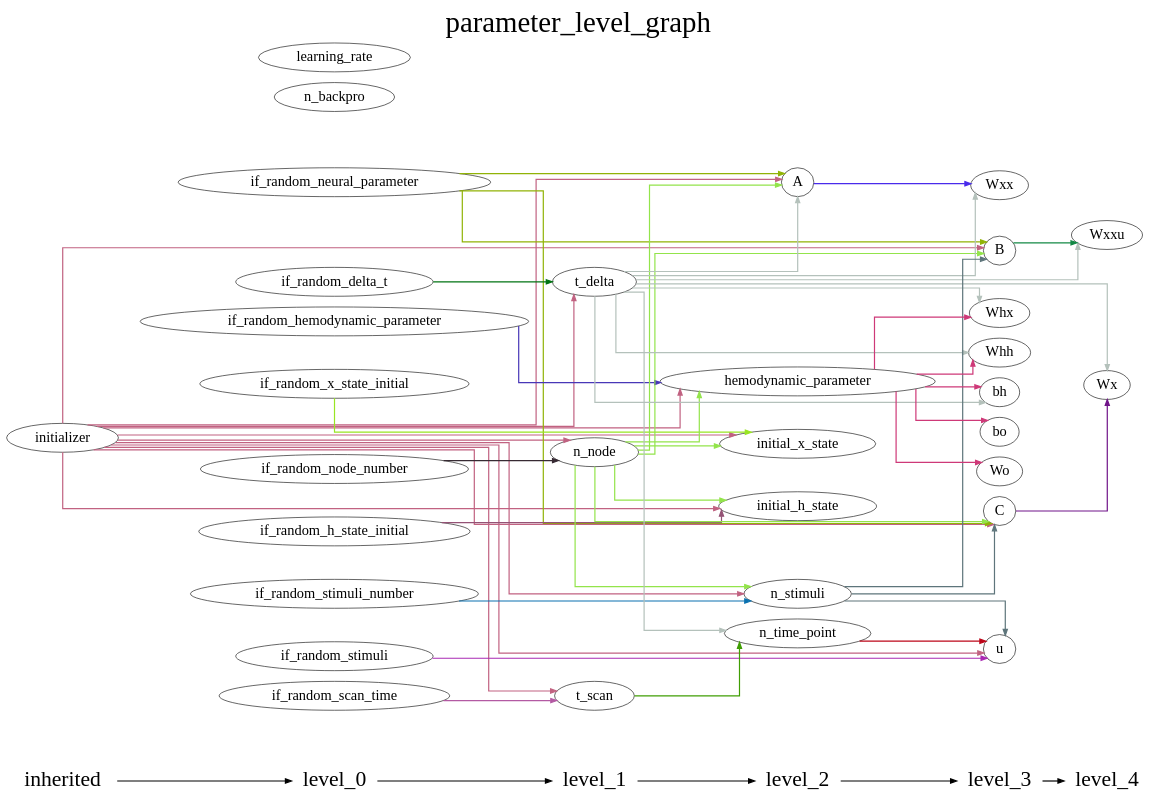
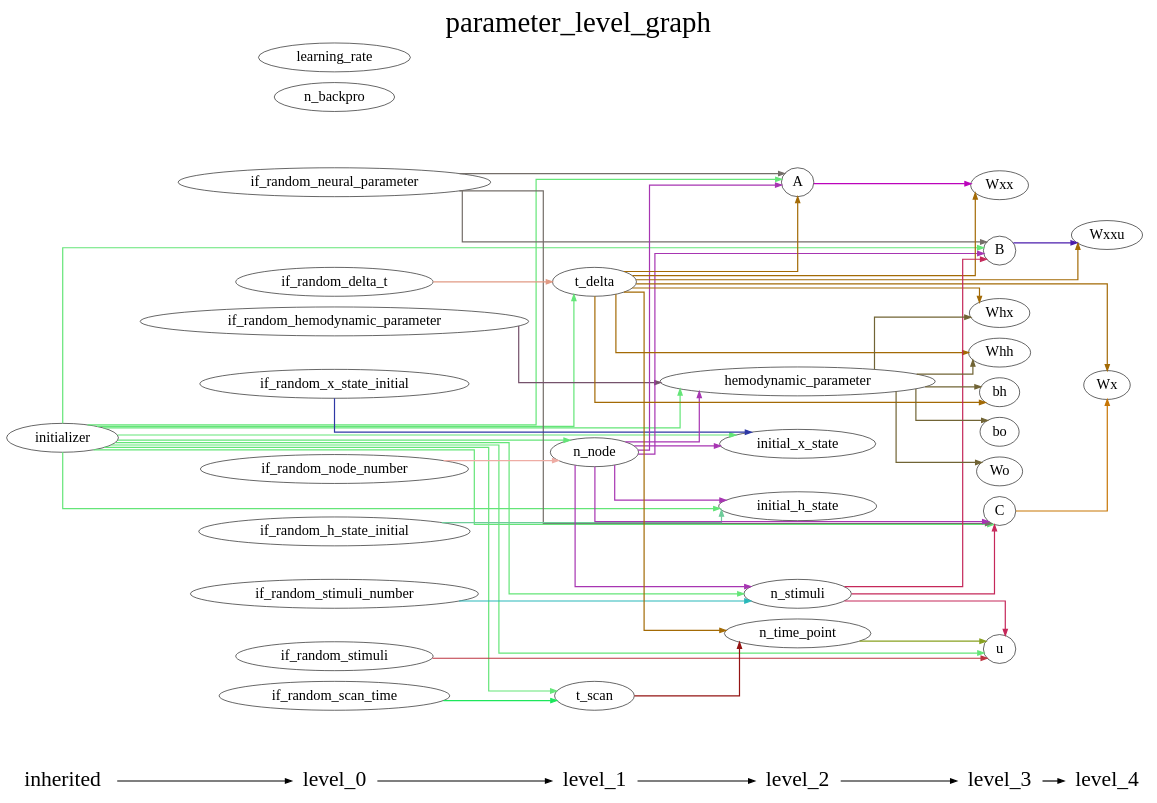
The diagram in DCM_RNN/documents/parameter_level_graph.gv (YuanWangOnward/DCM_RNN), drawn with Graphviz before and after one commit. The commit also changed 6 other files, not shown here.

```diff
--- a/DCM_RNN/documents/parameter_level_graph.gv
+++ b/DCM_RNN/documents/parameter_level_graph.gv
@@ -1,118 +1,118 @@
 digraph G {
           splines=ortho;
           fontsize = 48;
           rankdir = "LR";
           node[fontsize=24];
           edge[penwidth=2];
           {
           node [shape=plaintext fontsize=36];
           inherited -> 
           level_0 -> 
           level_1 -> 
           level_2 -> 
           level_3 -> 
           level_4
           }
           {rank = same;
           inherited;
           initializer;
           }
           {rank = same;
           level_0;
           if_random_neural_parameter;
           if_random_hemodynamic_parameter;
           if_random_x_state_initial;
           if_random_h_state_initial;
           if_random_stimuli;
           if_random_node_number;
           if_random_stimuli_number;
           if_random_delta_t;
           if_random_scan_time;
           n_backpro;
           learning_rate;
           }
           {rank = same;
           level_1;
           n_node;
           t_delta;
           t_scan;
           }
           {rank = same;
           level_2;
           n_time_point;
           n_stimuli;
           A;
           hemodynamic_parameter;
           initial_x_state;
           initial_h_state;
           }
           {rank = same;
           level_3;
           u;
           B;
           C;
           Wxx;
           Whx;
           Whh;
           bh;
           Wo;
           bo;
           }
           {rank = same;
           level_4;
           Wxxu;
           Wx;
           }
-          if_random_stimuli_number -> n_stimuli [color="#0A71B0"];
-          if_random_node_number -> n_node [color="#372A33"];
-          initializer -> t_scan [color="#C16281"];
-          initializer -> n_stimuli [color="#C16281"];
-          initializer -> B [color="#C16281"];
-          initializer -> C [color="#C16281"];
-          initializer -> u [color="#C16281"];
-          initializer -> t_delta [color="#C16281"];
-          initializer -> initial_h_state [color="#C16281"];
-          initializer -> A [color="#C16281"];
-          initializer -> n_node [color="#C16281"];
-          initializer -> hemodynamic_parameter [color="#C16281"];
-          initializer -> initial_x_state [color="#C16281"];
-          if_random_hemodynamic_parameter -> hemodynamic_parameter [color="#4837B7"];
-          A -> Wxx [color="#492BEB"];
-          if_random_neural_parameter -> B [color="#91B307"];
-          if_random_neural_parameter -> C [color="#91B307"];
-          if_random_neural_parameter -> A [color="#91B307"];
-          if_random_delta_t -> t_delta [color="#007312"];
-          t_scan -> n_time_point [color="#409E04"];
-          if_random_h_state_initial -> initial_h_state [color="#945275"];
-          if_random_x_state_initial -> initial_x_state [color="#99E523"];
-          n_stimuli -> B [color="#5E757B"];
-          n_stimuli -> C [color="#5E757B"];
-          n_stimuli -> u [color="#5E757B"];
-          B -> Wxxu [color="#138945"];
-          n_node -> n_stimuli [color="#93E44B"];
-          n_node -> B [color="#93E44B"];
-          n_node -> C [color="#93E44B"];
-          n_node -> initial_h_state [color="#93E44B"];
-          n_node -> A [color="#93E44B"];
-          n_node -> hemodynamic_parameter [color="#93E44B"];
-          n_node -> initial_x_state [color="#93E44B"];
-          C -> Wx [color="#701489"];
-          if_random_scan_time -> t_scan [color="#B35AA3"];
-          if_random_stimuli -> u [color="#A929B3"];
-          t_delta -> Wxxu [color="#B4C1BB"];
-          t_delta -> Whx [color="#B4C1BB"];
-          t_delta -> Whh [color="#B4C1BB"];
-          t_delta -> Wxx [color="#B4C1BB"];
-          t_delta -> A [color="#B4C1BB"];
-          t_delta -> bh [color="#B4C1BB"];
-          t_delta -> Wx [color="#B4C1BB"];
-          t_delta -> n_time_point [color="#B4C1BB"];
-          hemodynamic_parameter -> Whx [color="#CE3978"];
-          hemodynamic_parameter -> Wo [color="#CE3978"];
-          hemodynamic_parameter -> Whh [color="#CE3978"];
-          hemodynamic_parameter -> bh [color="#CE3978"];
-          hemodynamic_parameter -> bo [color="#CE3978"];
-          n_time_point -> u [color="#BC0619"];
+          if_random_scan_time -> t_scan [color="#1CE75B"];
+          n_time_point -> u [color="#88A020"];
+          n_node -> n_stimuli [color="#A735B2"];
+          n_node -> C [color="#A735B2"];
+          n_node -> B [color="#A735B2"];
+          n_node -> hemodynamic_parameter [color="#A735B2"];
+          n_node -> initial_x_state [color="#A735B2"];
+          n_node -> A [color="#A735B2"];
+          n_node -> initial_h_state [color="#A735B2"];
+          n_stimuli -> u [color="#C5285A"];
+          n_stimuli -> C [color="#C5285A"];
+          n_stimuli -> B [color="#C5285A"];
+          t_scan -> n_time_point [color="#941413"];
+          if_random_x_state_initial -> initial_x_state [color="#2E38A5"];
+          if_random_hemodynamic_parameter -> hemodynamic_parameter [color="#75526B"];
+          initializer -> u [color="#64E578"];
+          initializer -> n_stimuli [color="#64E578"];
+          initializer -> C [color="#64E578"];
+          initializer -> B [color="#64E578"];
+          initializer -> hemodynamic_parameter [color="#64E578"];
+          initializer -> n_node [color="#64E578"];
+          initializer -> t_scan [color="#64E578"];
+          initializer -> initial_x_state [color="#64E578"];
+          initializer -> A [color="#64E578"];
+          initializer -> initial_h_state [color="#64E578"];
+          initializer -> t_delta [color="#64E578"];
+          if_random_neural_parameter -> C [color="#746E69"];
+          if_random_neural_parameter -> B [color="#746E69"];
+          if_random_neural_parameter -> A [color="#746E69"];
+          if_random_delta_t -> t_delta [color="#E19A84"];
+          C -> Wx [color="#C77605"];
+          t_delta -> n_time_point [color="#A36A05"];
+          t_delta -> Whh [color="#A36A05"];
+          t_delta -> Whx [color="#A36A05"];
+          t_delta -> Wxx [color="#A36A05"];
+          t_delta -> bh [color="#A36A05"];
+          t_delta -> Wxxu [color="#A36A05"];
+          t_delta -> Wx [color="#A36A05"];
+          t_delta -> A [color="#A36A05"];
+          if_random_node_number -> n_node [color="#EEACA4"];
+          B -> Wxxu [color="#4B1CAC"];
+          if_random_h_state_initial -> initial_h_state [color="#6ECC9A"];
+          A -> Wxx [color="#BB04BB"];
+          if_random_stimuli -> u [color="#BC3441"];
+          hemodynamic_parameter -> Wo [color="#716435"];
+          hemodynamic_parameter -> Whh [color="#716435"];
+          hemodynamic_parameter -> Whx [color="#716435"];
+          hemodynamic_parameter -> bh [color="#716435"];
+          hemodynamic_parameter -> bo [color="#716435"];
+          if_random_stimuli_number -> n_stimuli [color="#28B8B9"];
           labelloc = "t";
           label = "parameter_level_graph";
 }
```
